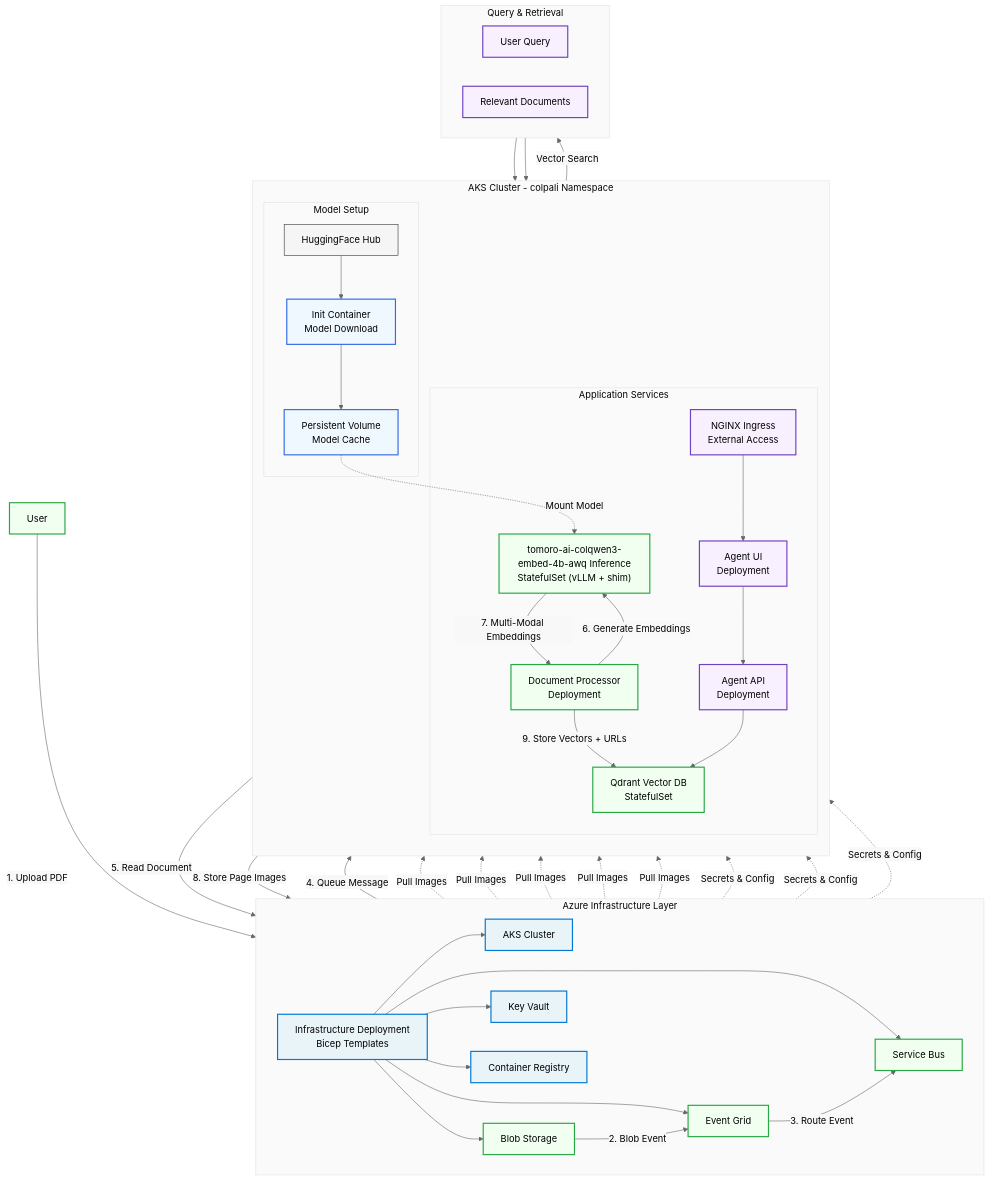
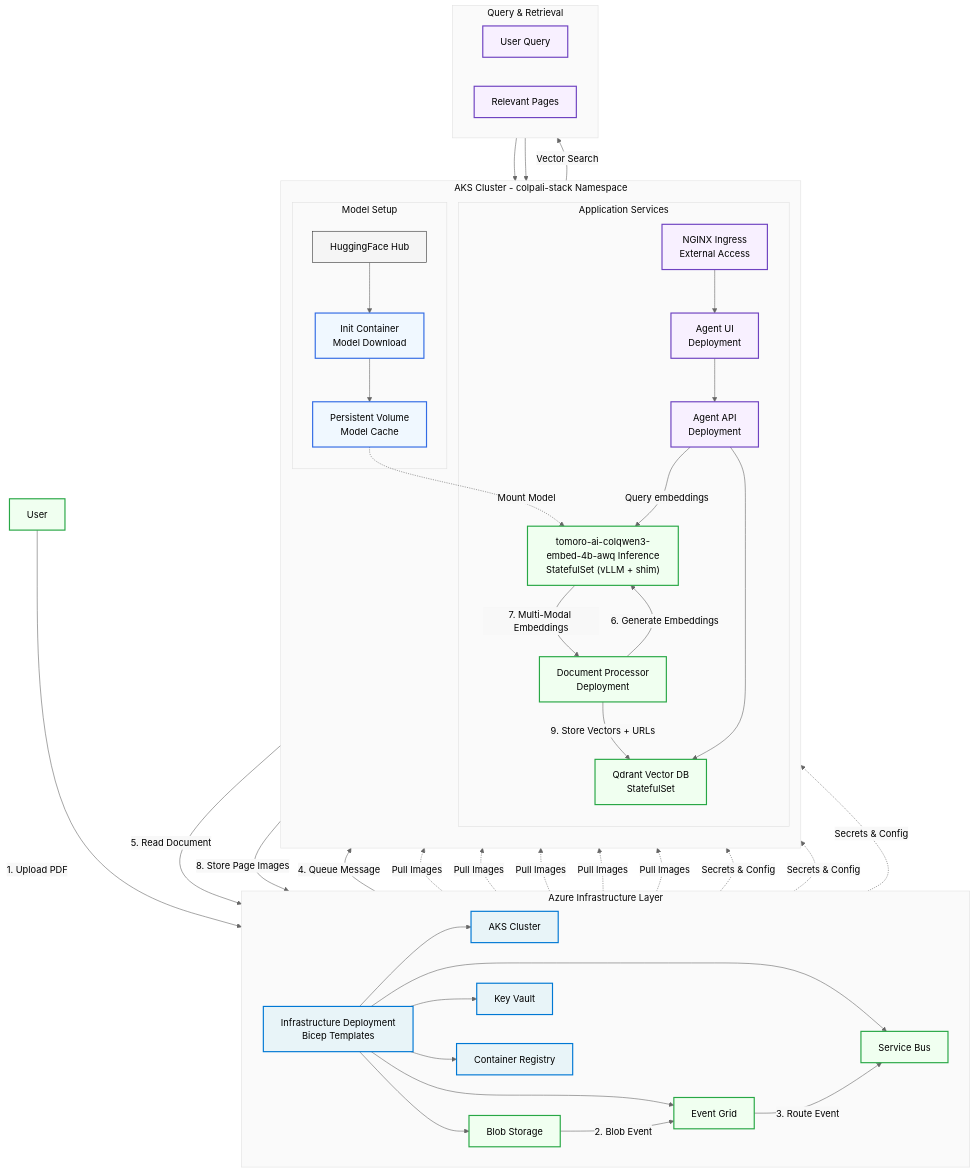
Before and after one commit to microsoft/multi-modal-rag-with-colpali: the diagram in README.md, drawn with Mermaid. The commit also changed other lines of this file and 45 other files, not shown here.

```diff
--- a/README.md
+++ b/README.md
@@ -95,7 +101,7 @@
         INFRA --> ACR[Container Registry]
     end
 
-    subgraph K8S_LAYER ["AKS Cluster - colpali Namespace"]
+    subgraph K8S_LAYER ["AKS Cluster - colpali-stack Namespace"]
         direction TB
 
         subgraph MODEL_SETUP ["Model Setup"]
@@ -130,8 +136,9 @@
         QUERY[User Query] --> INGRESS
         INGRESS --> AGENT_UI
         AGENT_UI --> AGENT_API
+        AGENT_API -->|Query embeddings| COLQWEN
         AGENT_API --> QDRANT
-        QDRANT -->|Vector Search| RESULTS[Relevant Documents]
+        QDRANT -->|Vector Search| RESULTS[Relevant Pages]
         RESULTS --> AGENT_API
     end
 
```
